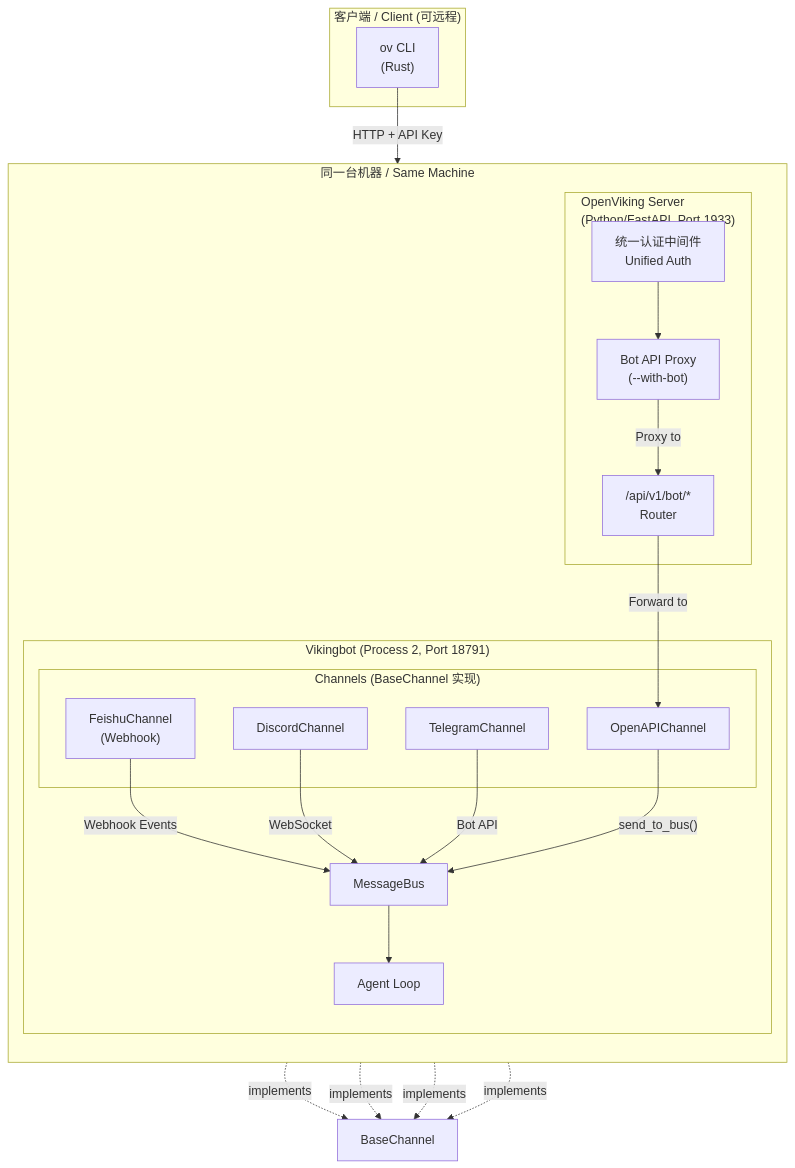
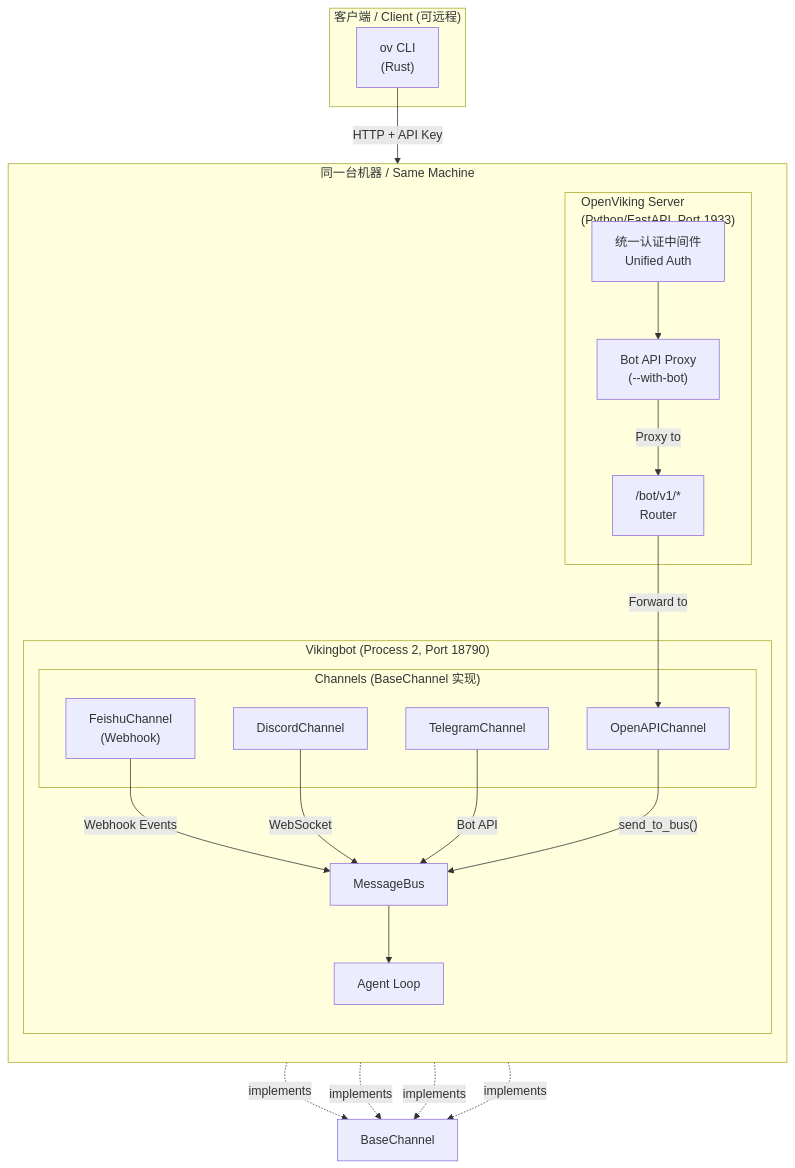
The first of 2 diagrams in bot/docs/rfc-openviking-cli-ov-chat.md (volcengine/OpenViking), drawn with Mermaid before and after one commit. The commit also changed other lines of this file and 16 other files, not shown here.

````diff
--- a/bot/docs/rfc-openviking-cli-ov-chat.md
+++ b/bot/docs/rfc-openviking-cli-ov-chat.md
@@ -23,43 +23,43 @@
 ```mermaid
 flowchart TB
     subgraph Client["客户端 / Client (可远程)"]
         CLI["ov CLI<br/>(Rust)"]
     end
 
     subgraph SameMachine["同一台机器 / Same Machine"]
         direction TB
 
         subgraph Server["OpenViking Server<br/>(Python/FastAPI, Port 1933)"]
             Auth["统一认证中间件<br/>Unified Auth"]
             BotAPIProxy["Bot API Proxy<br/>(--with-bot)"]
-            BotRouter["/api/v1/bot/*<br/>Router"]
+            BotRouter["/bot/v1/*<br/>Router"]
         end
 
-        subgraph Vikingbot["Vikingbot (Process 2, Port 18791)"]
+        subgraph Vikingbot["Vikingbot (Process 2, Port 18790)"]
             subgraph Channels["Channels (BaseChannel 实现)"]
                 OC["OpenAPIChannel"]
                 FC["FeishuChannel<br/>(Webhook)"]
                 DC["DiscordChannel"]
                 TC["TelegramChannel"]
             end
             MB["MessageBus"]
             AL["Agent Loop"]
         end
     end
 
     CLI -->|"HTTP + API Key"| Auth
     Auth --> BotAPIProxy
     BotAPIProxy -->|"Proxy to"| BotRouter
     BotRouter -->|"Forward to"| OC
 
     FC -->|"Webhook Events"| MB
     DC -->|"WebSocket"| MB
     TC -->|"Bot API"| MB
     OC -->|"send_to_bus()"| MB
     MB --> AL
 
     OC -.->|"implements"| BaseChannel["BaseChannel"]
     FC -.->|"implements"| BaseChannel
     DC -.->|"implements"| BaseChannel
     TC -.->|"implements"| BaseChannel
 ```
````
